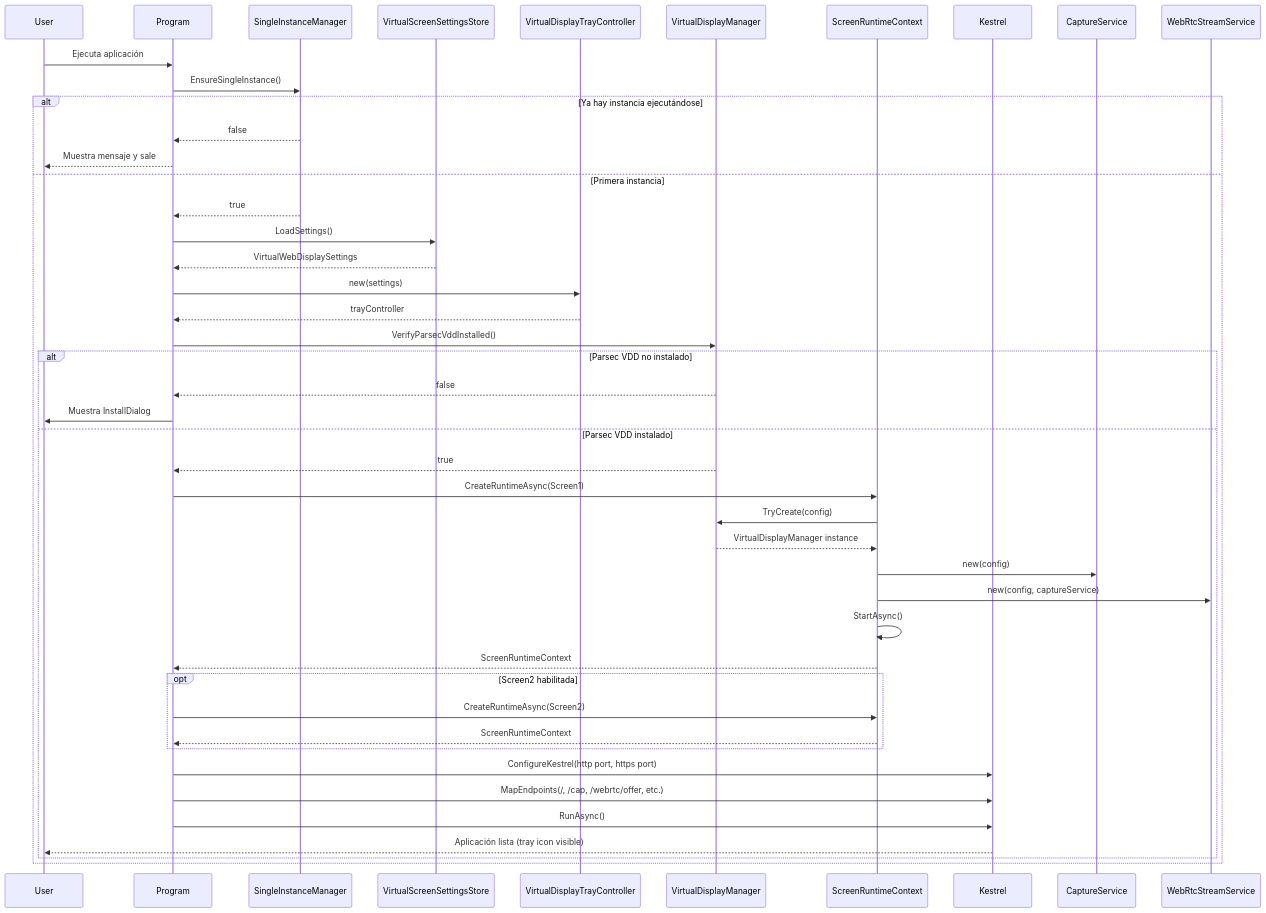
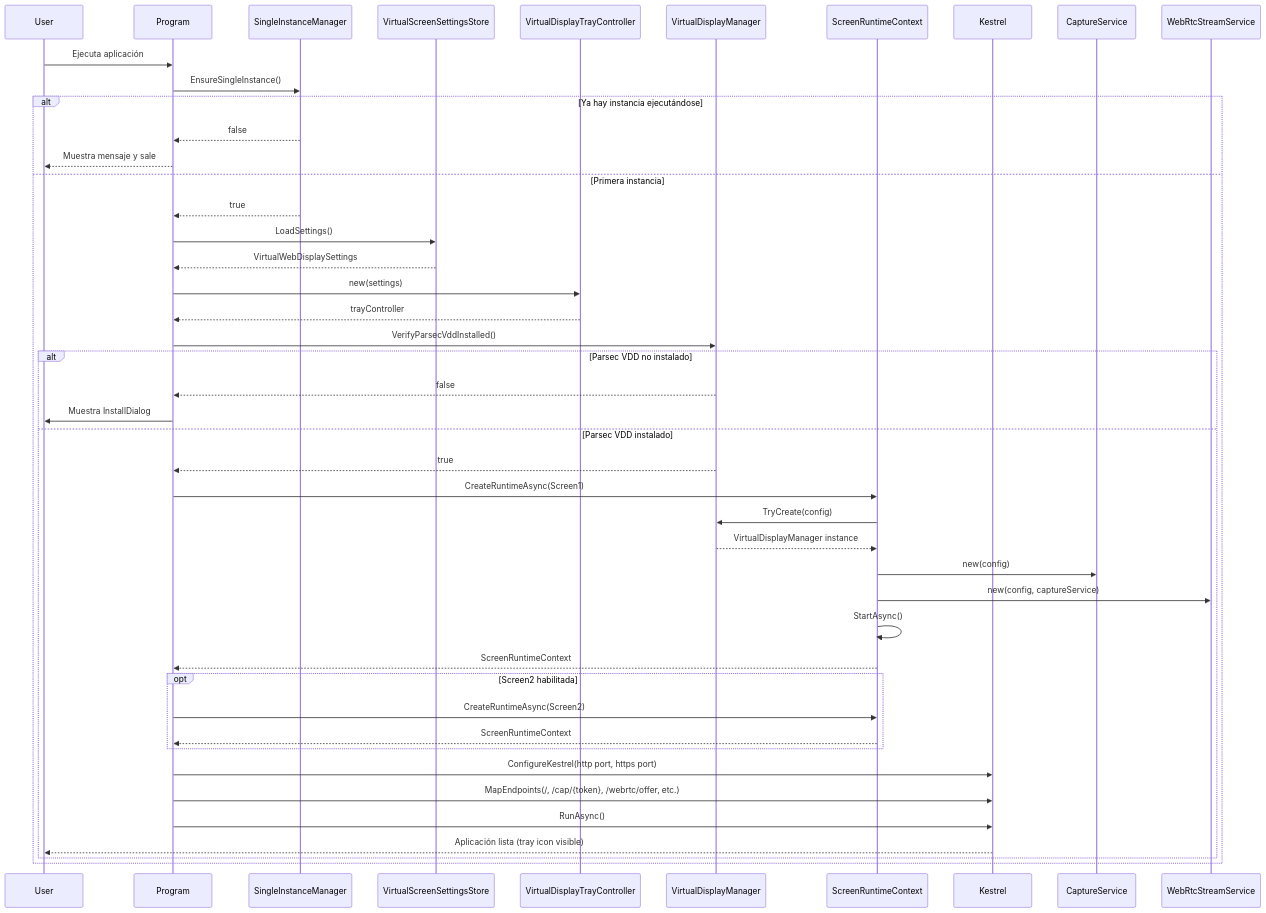
Before and after one commit to quiro90/VirtualWebDisplay: the second of 5 diagrams in docs/ARCHITECTURE.md, drawn with Mermaid. The commit also changed other lines of this file and 12 other files, not shown here.

````diff
--- a/docs/ARCHITECTURE.md
+++ b/docs/ARCHITECTURE.md
@@ -237,51 +237,51 @@
 ```mermaid
 sequenceDiagram
     participant User
     participant Program
     participant SingleInstanceManager
     participant VirtualScreenSettingsStore
     participant VirtualDisplayTrayController
     participant VirtualDisplayManager
     participant ScreenRuntimeContext
     participant Kestrel
 
     User->>Program: Ejecuta aplicación
     Program->>SingleInstanceManager: EnsureSingleInstance()
     alt Ya hay instancia ejecutándose
         SingleInstanceManager-->>Program: false
         Program-->>User: Muestra mensaje y sale
     else Primera instancia
         SingleInstanceManager-->>Program: true
         Program->>VirtualScreenSettingsStore: LoadSettings()
         VirtualScreenSettingsStore-->>Program: VirtualWebDisplaySettings
 
         Program->>VirtualDisplayTrayController: new(settings)
         VirtualDisplayTrayController-->>Program: trayController
 
         Program->>VirtualDisplayManager: VerifyParsecVddInstalled()
         alt Parsec VDD no instalado
             VirtualDisplayManager-->>Program: false
             Program->>User: Muestra InstallDialog
         else Parsec VDD instalado
             VirtualDisplayManager-->>Program: true
 
             Program->>ScreenRuntimeContext: CreateRuntimeAsync(Screen1)
             ScreenRuntimeContext->>VirtualDisplayManager: TryCreate(config)
             VirtualDisplayManager-->>ScreenRuntimeContext: VirtualDisplayManager instance
             ScreenRuntimeContext->>CaptureService: new(config)
             ScreenRuntimeContext->>WebRtcStreamService: new(config, captureService)
             ScreenRuntimeContext->>ScreenRuntimeContext: StartAsync()
             ScreenRuntimeContext-->>Program: ScreenRuntimeContext
 
             opt Screen2 habilitada
                 Program->>ScreenRuntimeContext: CreateRuntimeAsync(Screen2)
                 ScreenRuntimeContext-->>Program: ScreenRuntimeContext
             end
 
             Program->>Kestrel: ConfigureKestrel(http port, https port)
-            Program->>Kestrel: MapEndpoints(/, /cap, /webrtc/offer, etc.)
+            Program->>Kestrel: MapEndpoints(/, /cap/{token}, /webrtc/offer, etc.)
             Program->>Kestrel: RunAsync()
             Kestrel-->>User: Aplicación lista (tray icon visible)
         end
     end
 ```
````
